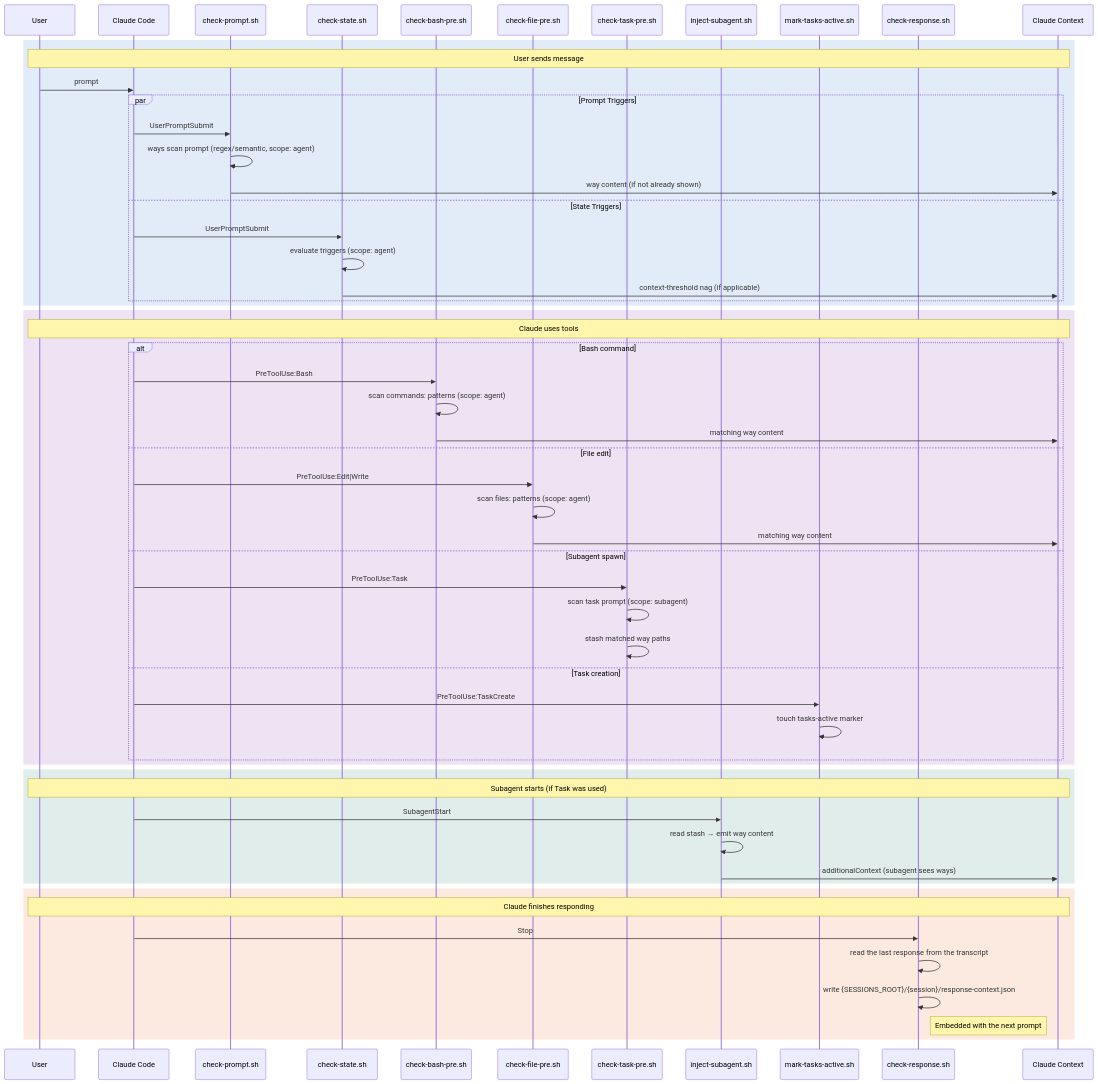
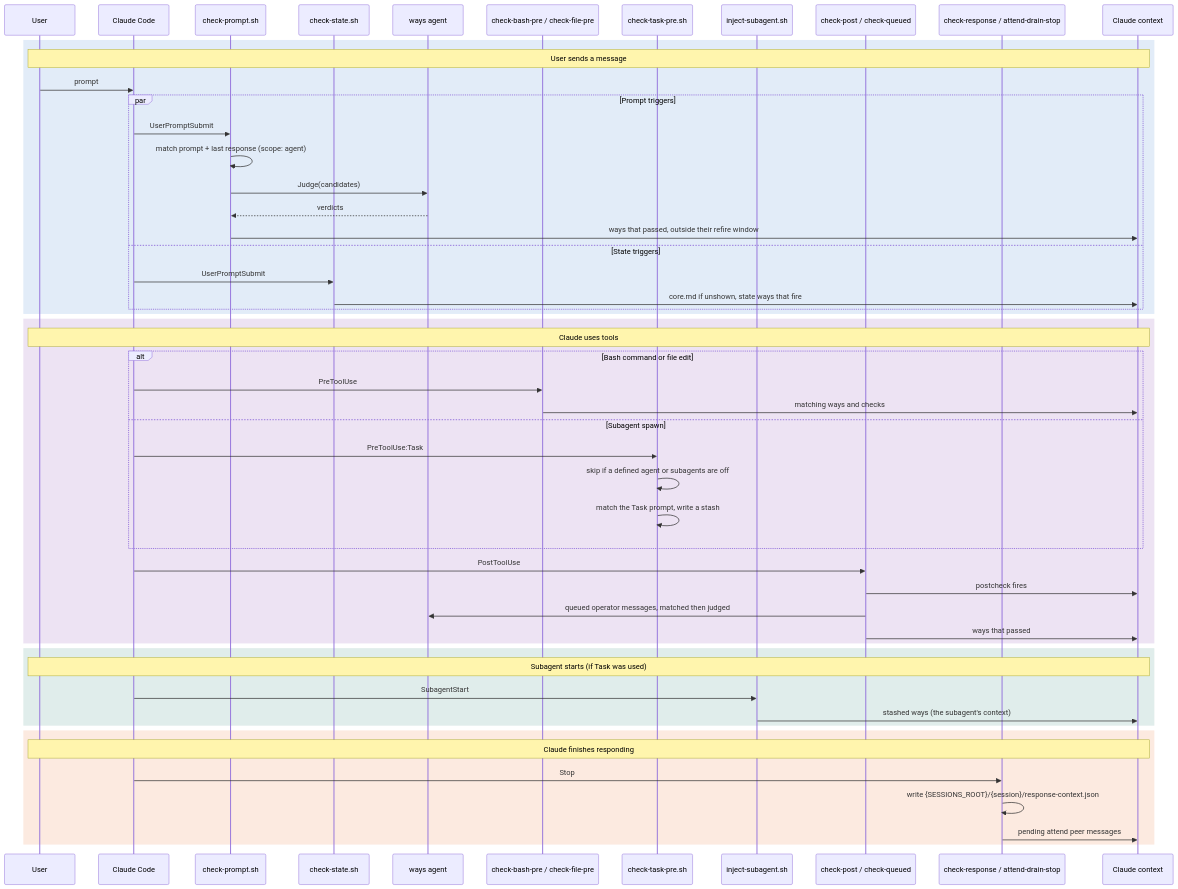
Before and after one commit to aaronsb/agent-ways: the third of 3 diagrams in docs/hooks-and-ways.md, drawn with Mermaid. The commit also changed other lines of this file and 7 other files, not shown here.

First line of the commit message:
docs(architecture): redraw the ways pipeline for the judge, late-interaction and per-agent state

````diff
--- a/docs/hooks-and-ways.md
+++ b/docs/hooks-and-ways.md
@@ -371,63 +304,58 @@
 ```mermaid
 sequenceDiagram
     participant U as User
     participant CC as Claude Code
     participant CP as check-prompt.sh
     participant CS as check-state.sh
-    participant CB as check-bash-pre.sh
-    participant CF as check-file-pre.sh
+    participant WA as ways agent
+    participant CB as check-bash-pre / check-file-pre
     participant CT as check-task-pre.sh
     participant IS as inject-subagent.sh
-    participant MA as mark-tasks-active.sh
-    participant CR as check-response.sh
-    participant Ctx as Claude Context
+    participant PQ as check-post / check-queued
+    participant CR as check-response / attend-drain-stop
+    participant Ctx as Claude context
 
     rect rgba(21, 101, 192, 0.12)
-        Note over U,Ctx: User sends message
+        Note over U,Ctx: User sends a message
         U->>CC: prompt
-        par Prompt Triggers
+        par Prompt triggers
             CC->>CP: UserPromptSubmit
-            CP->>CP: ways scan prompt (regex/semantic, scope: agent)
-            CP->>Ctx: way content (if not already shown)
-        and State Triggers
+            CP->>CP: match prompt + last response (scope: agent)
+            CP->>WA: Judge(candidates)
+            WA-->>CP: verdicts
+            CP->>Ctx: ways that passed, outside their refire window
+        and State triggers
             CC->>CS: UserPromptSubmit
-            CS->>CS: evaluate triggers (scope: agent)
-            CS->>Ctx: context-threshold nag (if applicable)
+            CS->>Ctx: core.md if unshown, state ways that fire
         end
     end
 
     rect rgba(106, 27, 154, 0.12)
         Note over U,Ctx: Claude uses tools
-        alt Bash command
-            CC->>CB: PreToolUse:Bash
-            CB->>CB: scan commands: patterns (scope: agent)
-            CB->>Ctx: matching way content
-        else File edit
-            CC->>CF: PreToolUse:Edit|Write
-            CF->>CF: scan files: patterns (scope: agent)
-            CF->>Ctx: matching way content
+        alt Bash command or file edit
+            CC->>CB: PreToolUse
+            CB->>Ctx: matching ways and checks
         else Subagent spawn
             CC->>CT: PreToolUse:Task
-            CT->>CT: scan task prompt (scope: subagent)
-            CT->>CT: stash matched way paths
-        else Task creation
-            CC->>MA: PreToolUse:TaskCreate
-            MA->>MA: touch tasks-active marker
+            CT->>CT: skip if a defined agent or subagents are off
+            CT->>CT: match the Task prompt, write a stash
         end
+        CC->>PQ: PostToolUse
+        PQ->>Ctx: postcheck fires
+        PQ->>WA: queued operator messages, matched then judged
+        PQ->>Ctx: ways that passed
     end
 
     rect rgba(0, 105, 92, 0.12)
         Note over U,Ctx: Subagent starts (if Task was used)
         CC->>IS: SubagentStart
-        IS->>IS: read stash → emit way content
-        IS->>Ctx: additionalContext (subagent sees ways)
+        IS->>Ctx: stashed ways (the subagent's context)
     end
 
     rect rgba(230, 81, 0, 0.12)
         Note over U,Ctx: Claude finishes responding
         CC->>CR: Stop
-        CR->>CR: read the last response from the transcript
         CR->>CR: write {SESSIONS_ROOT}/{session}/response-context.json
-        Note right of CR: Embedded with the next prompt
+        CR->>Ctx: pending attend peer messages
     end
 ```
````
